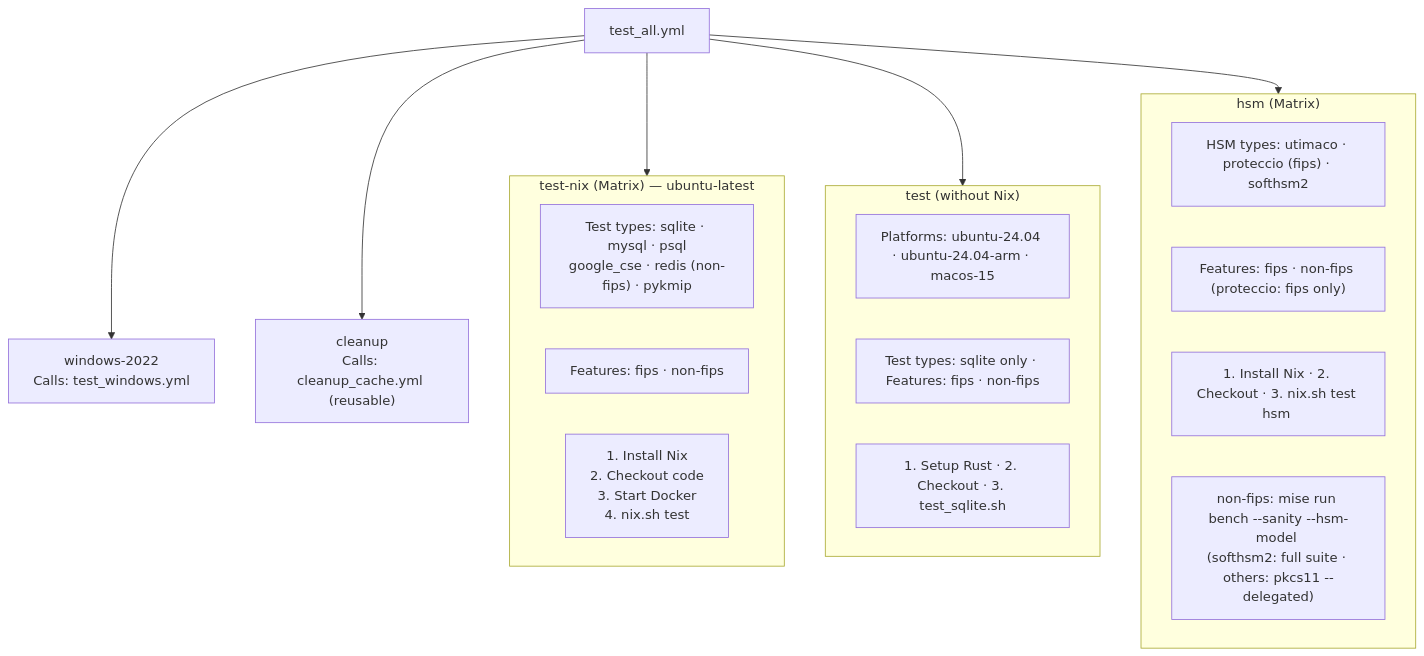
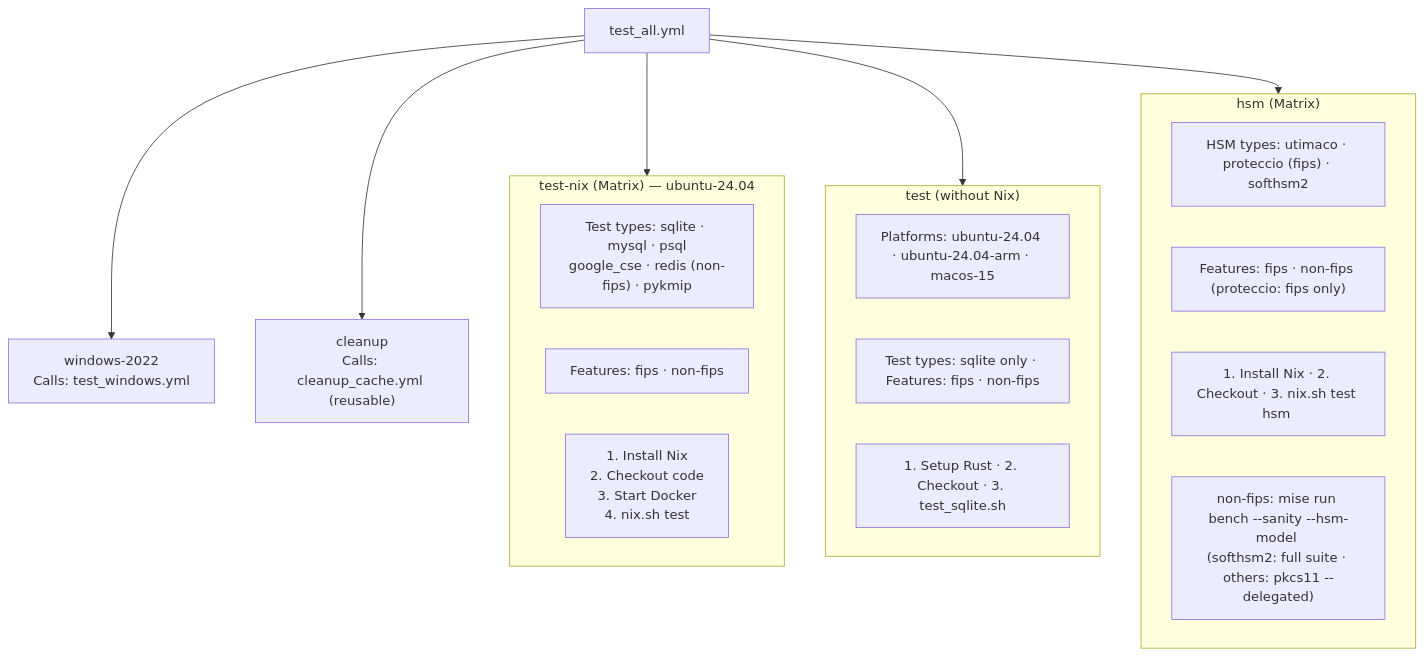
The fifth of 17 diagrams in .github/README_WORKFLOWS.md (Cosmian/kms), drawn with Mermaid before and after one commit. The commit also changed other lines of this file and 10 other files, not shown here.

Commit message:
ci: pin ubuntu-latest to ubuntu-24.04 ahead of the Ubuntu 26 label migration (#1254)

````diff
--- a/.github/README_WORKFLOWS.md
+++ b/.github/README_WORKFLOWS.md
@@ -91,23 +91,23 @@
 ```mermaid
 flowchart TB
     test_all["test_all.yml"]
-    subgraph nix_matrix["test-nix (Matrix) — ubuntu-latest"]
+    subgraph nix_matrix["test-nix (Matrix) — ubuntu-24.04"]
         nix_types["Test types: sqlite · mysql · psql<br/>google_cse · redis (non-fips) · pykmip"]
         nix_feat["Features: fips · non-fips"]
         nix_steps["1. Install Nix<br/>2. Checkout code<br/>3. Start Docker<br/>4. nix.sh test <type>"]
     end
     subgraph nonix["test (without Nix)"]
         nonix_plat["Platforms: ubuntu-24.04 · ubuntu-24.04-arm · macos-15"]
         nonix_types["Test types: sqlite only · Features: fips · non-fips"]
         nonix_steps["1. Setup Rust · 2. Checkout · 3. test_sqlite.sh"]
     end
     subgraph hsm_matrix["hsm (Matrix)"]
         hsm_types["HSM types: utimaco · proteccio (fips) · softhsm2"]
         hsm_feat["Features: fips · non-fips (proteccio: fips only)"]
         hsm_steps["1. Install Nix · 2. Checkout · 3. nix.sh test hsm <type>"]
         hsm_bench["non-fips: mise run bench --sanity --hsm-model <type><br/>(softhsm2: full suite · others: pkcs11 --delegated)"]
     end
     win["windows-2022<br/>Calls: test_windows.yml"]
     clean["cleanup<br/>Calls: cleanup_cache.yml (reusable)"]
     test_all --> nix_matrix & nonix & hsm_matrix & win & clean
 ```
````
